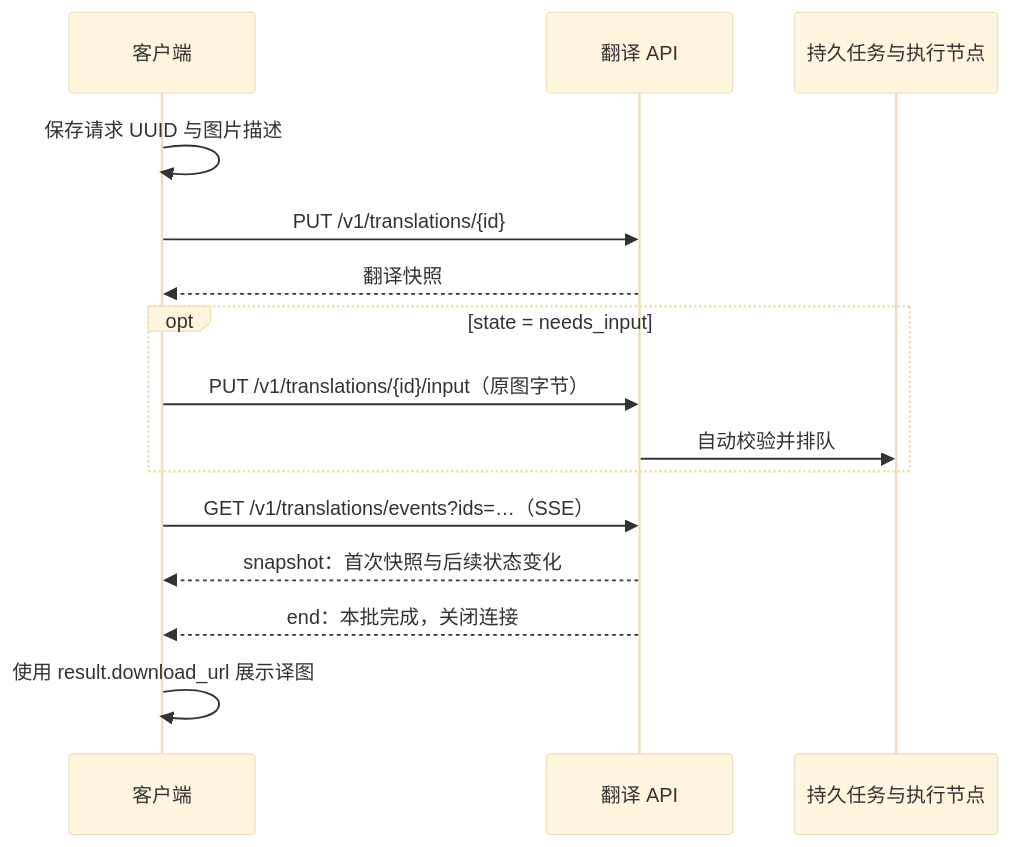
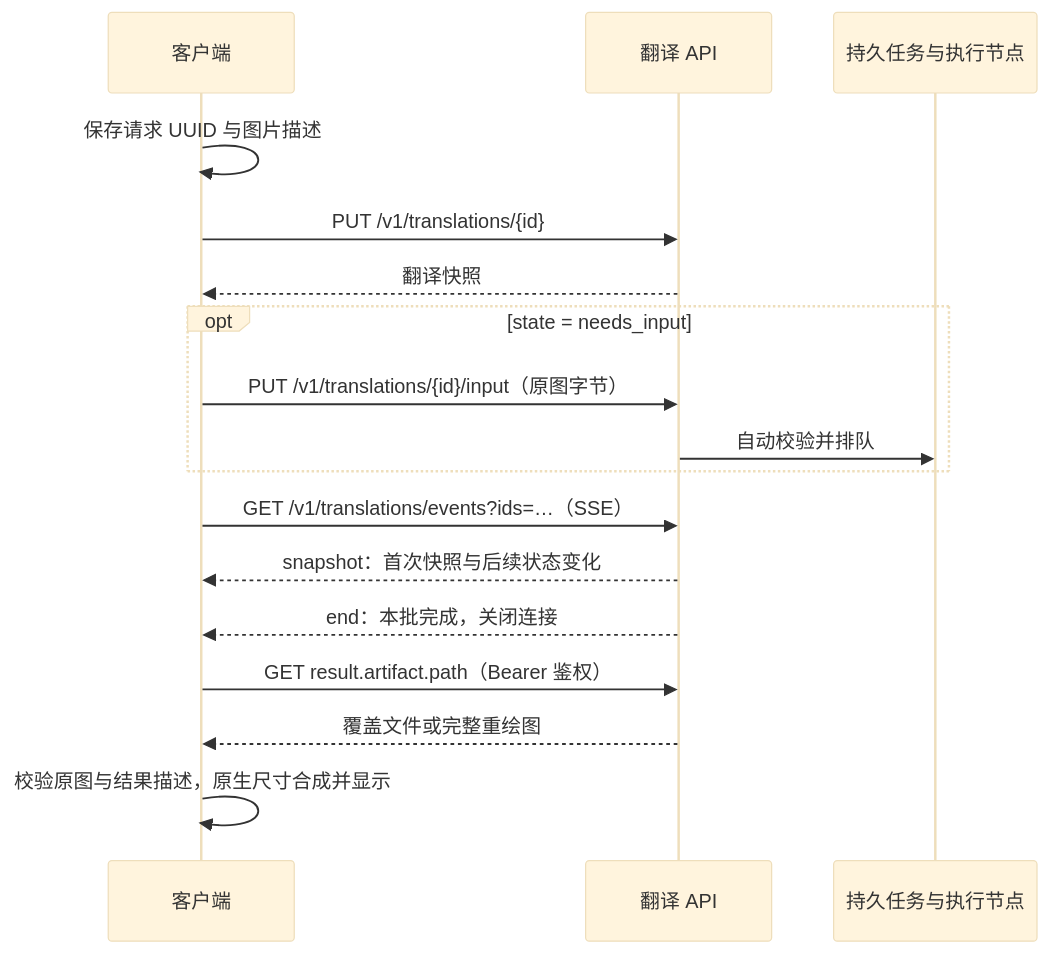
One commit to Wy2926/node-comics changed the diagram in docs/READING_TRANSLATION_CONTRACT.md. Above: the diagram before and after it, drawn with Mermaid (base theme). The commit also changed other lines of this file and 277 other files, not shown here.

````diff
--- a/docs/READING_TRANSLATION_CONTRACT.md
+++ b/docs/READING_TRANSLATION_CONTRACT.md
@@ -9,17 +11,19 @@
 ```mermaid
 sequenceDiagram
   participant C as 客户端
   participant A as 翻译 API
   participant W as 持久任务与执行节点
   C->>C: 保存请求 UUID 与图片描述
   C->>A: PUT /v1/translations/{id}
   A-->>C: 翻译快照
   opt state = needs_input
     C->>A: PUT /v1/translations/{id}/input（原图字节）
     A->>W: 自动校验并排队
   end
   C->>A: GET /v1/translations/events?ids=…（SSE）
   A-->>C: snapshot：首次快照与后续状态变化
   A-->>C: end：本批完成，关闭连接
-  C->>C: 使用 result.download_url 展示译图
+  C->>A: GET result.artifact.path（Bearer 鉴权）
+  A-->>C: 覆盖文件或完整重绘图
+  C->>C: 校验原图与结果描述，原生尺寸合成并显示
 ```
````
